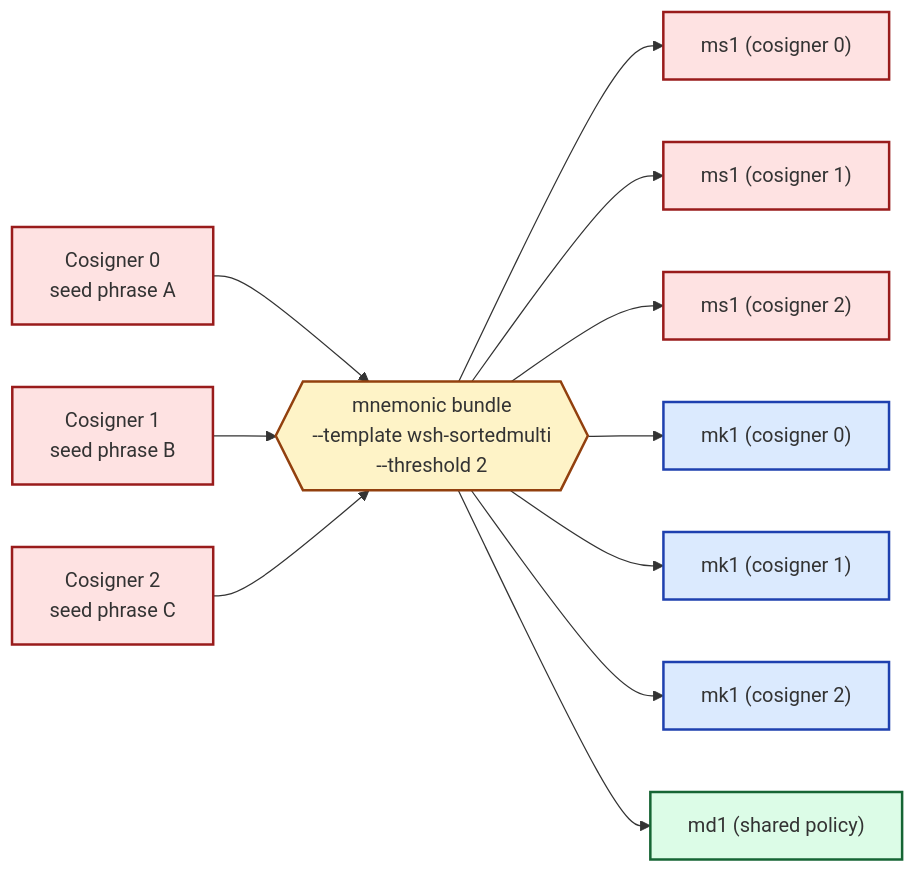
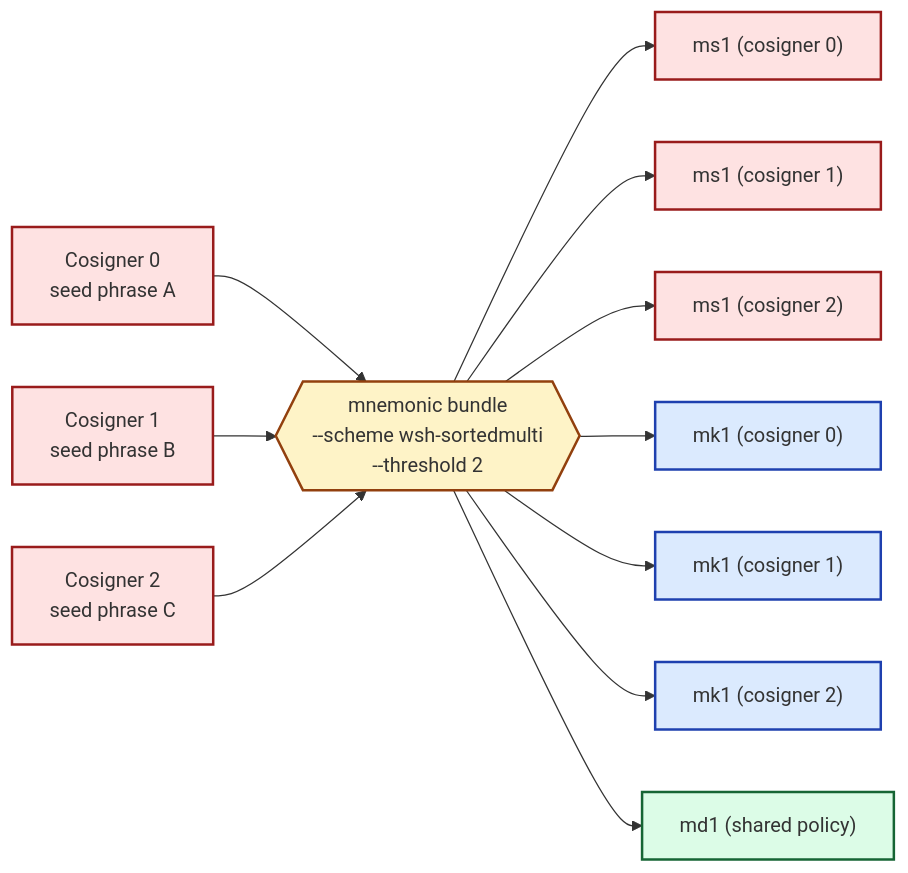
One commit to bg002h/mnemonic-toolkit changed the diagram in docs/manual/src/30-workflows/32-multisig-2of3.md. Above: the diagram before and after it, drawn with Mermaid. The commit also changed other lines of this file and 189 other files, not shown here.

First line of the commit message:
cli: a named wallet scheme is --scheme; --template / --archetype stay as hidden aliases

````diff
--- a/docs/manual/src/30-workflows/32-multisig-2of3.md
+++ b/docs/manual/src/30-workflows/32-multisig-2of3.md
@@ -24,22 +24,22 @@
 ```mermaid
 flowchart LR
   c0["Cosigner 0<br/>seed phrase A"]:::secret
   c1["Cosigner 1<br/>seed phrase B"]:::secret
   c2["Cosigner 2<br/>seed phrase C"]:::secret
-  toolkit{{mnemonic bundle<br/>--template wsh-sortedmulti<br/>--threshold 2}}:::layer
+  toolkit{{mnemonic bundle<br/>--scheme wsh-sortedmulti<br/>--threshold 2}}:::layer
   c0 --> toolkit
   c1 --> toolkit
   c2 --> toolkit
   toolkit --> ms1A["ms1 (cosigner 0)"]:::secret
   toolkit --> ms1B["ms1 (cosigner 1)"]:::secret
   toolkit --> ms1C["ms1 (cosigner 2)"]:::secret
   toolkit --> mk1A["mk1 (cosigner 0)"]:::key
   toolkit --> mk1B["mk1 (cosigner 1)"]:::key
   toolkit --> mk1C["mk1 (cosigner 2)"]:::key
   toolkit --> md1["md1 (shared policy)"]:::desc
 
   classDef layer fill:#fef3c7,stroke:#92400e,stroke-width:2px
   classDef secret fill:#fee2e2,stroke:#991b1b,stroke-width:2px
   classDef key fill:#dbeafe,stroke:#1e40af,stroke-width:2px
   classDef desc fill:#dcfce7,stroke:#166534,stroke-width:2px
 ```
````
